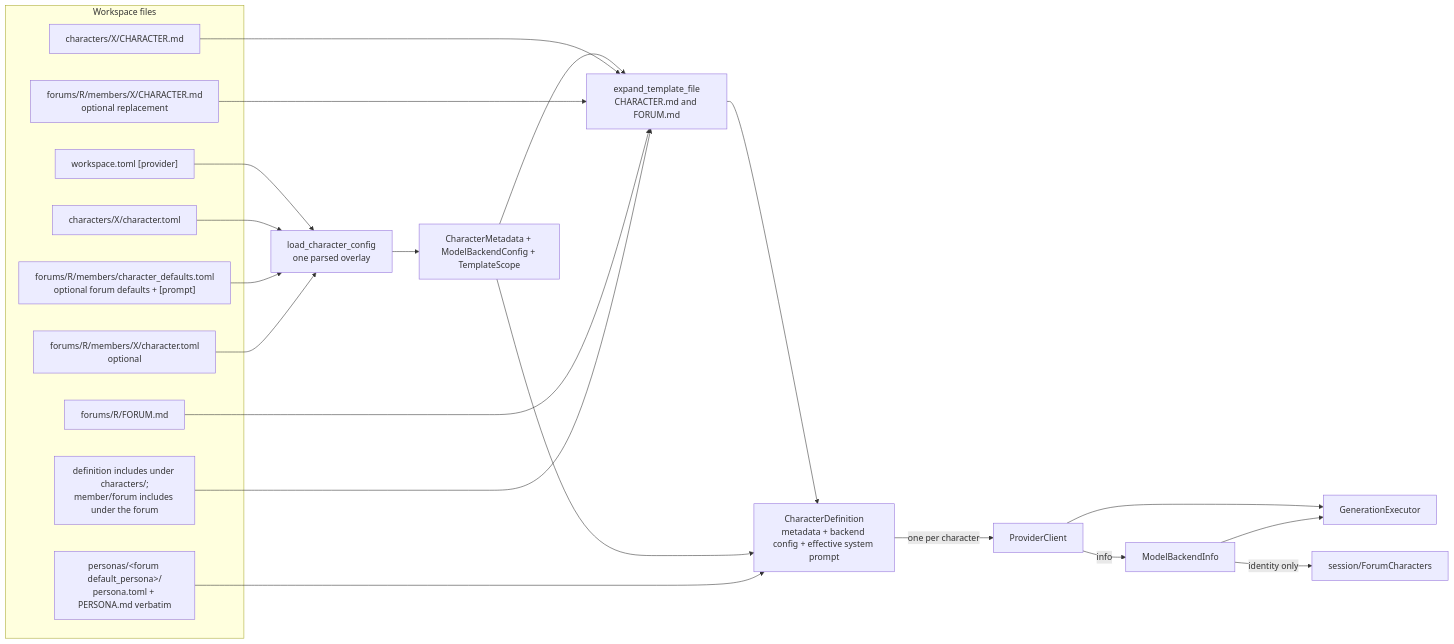
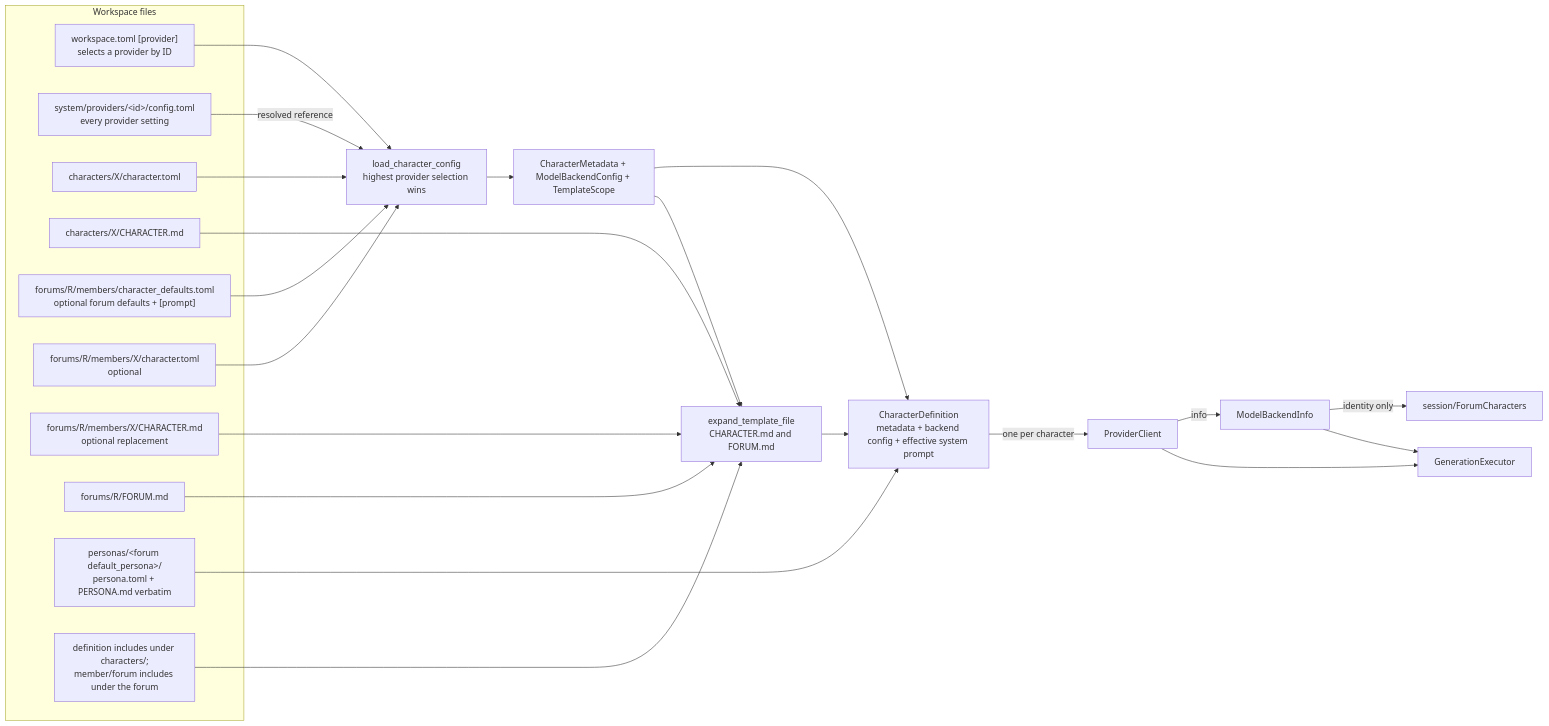
The first of 4 diagrams in src/agents/README.md (michaelpopov/cha), drawn with Mermaid before and after one commit. The commit also changed other lines of this file and 33 other files, not shown here.

````diff
--- a/src/agents/README.md
+++ b/src/agents/README.md
@@ -28,33 +28,35 @@
 ```mermaid
 flowchart LR
     subgraph disk["Workspace files"]
-        app_cfg["workspace.toml [provider]"]
+        app_cfg["workspace.toml [provider]<br/>selects a provider by ID"]
+        providers["system/providers/&lt;id&gt;/config.toml<br/>every provider setting"]
         definition_cfg["characters/X/character.toml"]
         definition_prompt["characters/X/CHARACTER.md"]
         base["forums/R/members/character_defaults.toml<br/>optional forum defaults + [prompt]"]
         member_cfg["forums/R/members/X/character.toml<br/>optional"]
         member_prompt["forums/R/members/X/CHARACTER.md<br/>optional replacement"]
         usr["forums/R/FORUM.md"]
         roster["personas/&lt;forum default_persona&gt;/<br/>persona.toml + PERSONA.md verbatim"]
         shared["definition includes under characters/;<br/>member/forum includes under the forum"]
     end
 
-    app_cfg --> load["load_character_config<br/>one parsed overlay"]
+    app_cfg --> load["load_character_config<br/>highest provider selection wins"]
     definition_cfg --> load
     base --> load
     member_cfg --> load
+    providers -->|"resolved reference"| load
     load --> conf["CharacterMetadata + ModelBackendConfig + TemplateScope"]
     conf --> expand["expand_template_file<br/>CHARACTER.md and FORUM.md"]
     definition_prompt --> expand
     member_prompt --> expand
     usr --> expand
     shared --> expand
     expand --> def["CharacterDefinition<br/>metadata + backend config + effective system prompt"]
     conf --> def
     roster --> def
     def -->|"one per character"| client["ProviderClient"]
     client --> executor["GenerationExecutor"]
     client -->|"info"| runtime["ModelBackendInfo"]
     runtime --> executor
     runtime -->|"identity only"| characters["session/ForumCharacters"]
 ```
````
